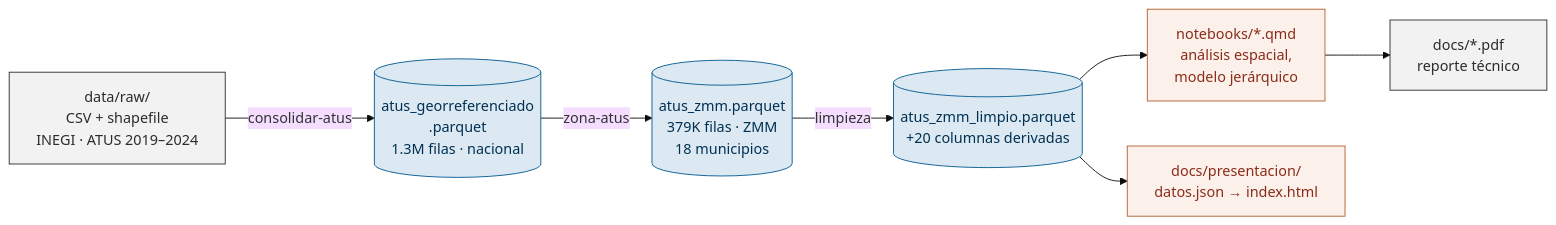
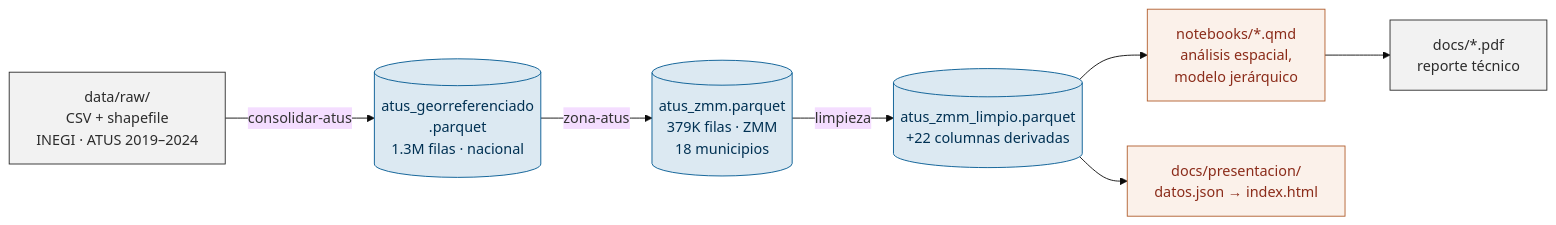
The diagram in README.md (Lunaaaalj/GeoStats), drawn with Mermaid (base theme) before and after one commit. The commit also changed other lines of this file and 2 other files, not shown here.

Commit message:
docs(datos): actualiza el conteo de columnas derivadas
limpieza.limpiar() produce 73 columnas, 22 de ellas derivadas; el
conteo anterior de 20 omitía calle1_hom y calle2_hom. Los tamaños de
13.5 MB y 16.0 MB se midieron con el código actual. Además, el árbol
de desarrollo.md ahora incluye tabla_cruces.py.

````diff
--- a/README.md
+++ b/README.md
@@ -167,17 +167,17 @@
 ```mermaid
 flowchart LR
     A["data/raw/<br/>CSV + shapefile<br/>INEGI · ATUS 2019–2024"] -->|"consolidar-atus"| B[("atus_georreferenciado<br/>.parquet<br/>1.3M filas · nacional")]
     B -->|"zona-atus"| C[("atus_zmm.parquet<br/>379K filas · ZMM<br/>18 municipios")]
-    C -->|"limpieza"| D[("atus_zmm_limpio.parquet<br/>+20 columnas derivadas")]
+    C -->|"limpieza"| D[("atus_zmm_limpio.parquet<br/>+22 columnas derivadas")]
     D --> E["notebooks/*.qmd<br/>análisis espacial,<br/>modelo jerárquico"]
     D --> F["docs/presentacion/<br/>datos.json → index.html"]
     E --> G["docs/*.pdf<br/>reporte técnico"]
 
     style A fill:#F2F2F2,stroke:#2C2C2C,color:#2C2C2C
     style B fill:#DCE9F2,stroke:#005991,color:#003153
     style C fill:#DCE9F2,stroke:#005991,color:#003153
     style D fill:#DCE9F2,stroke:#005991,color:#003153
     style E fill:#FBF1EA,stroke:#B15E2E,color:#8B2C1A
     style F fill:#FBF1EA,stroke:#B15E2E,color:#8B2C1A
     style G fill:#F2F2F2,stroke:#2C2C2C,color:#2C2C2C
 ```
````
